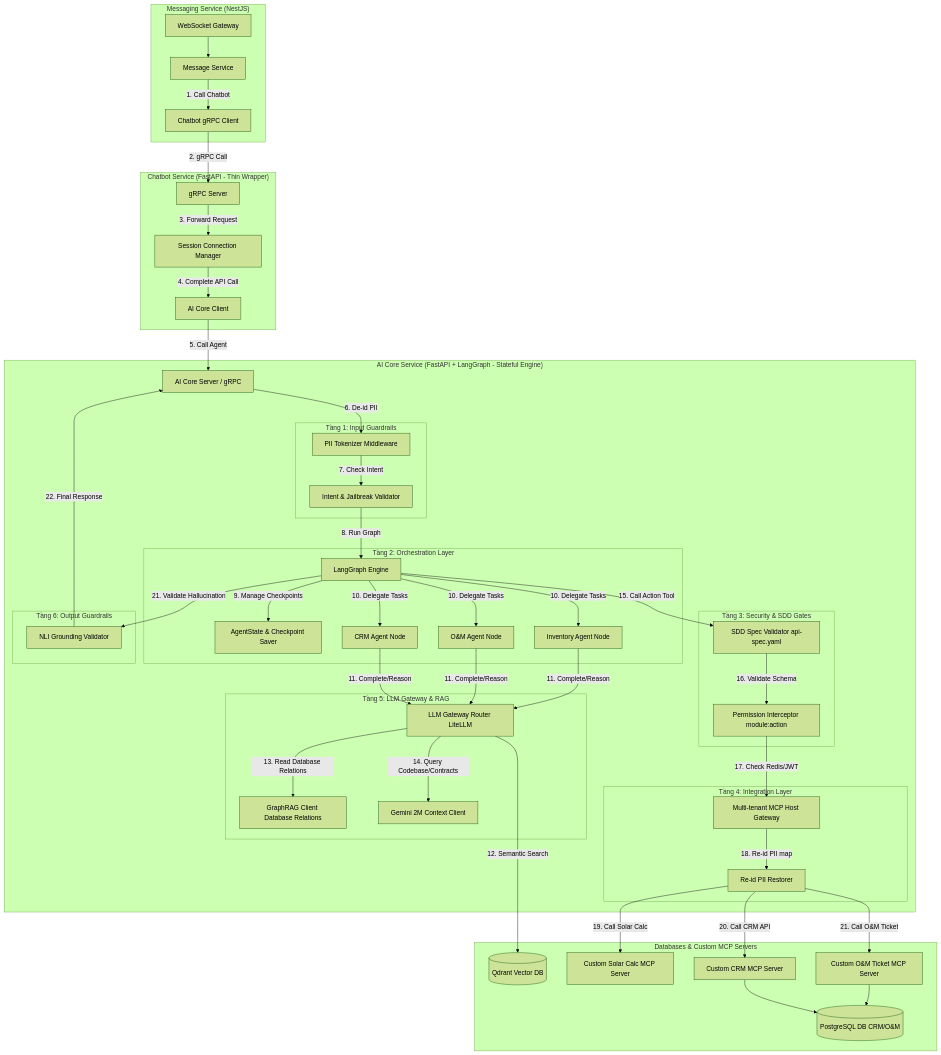
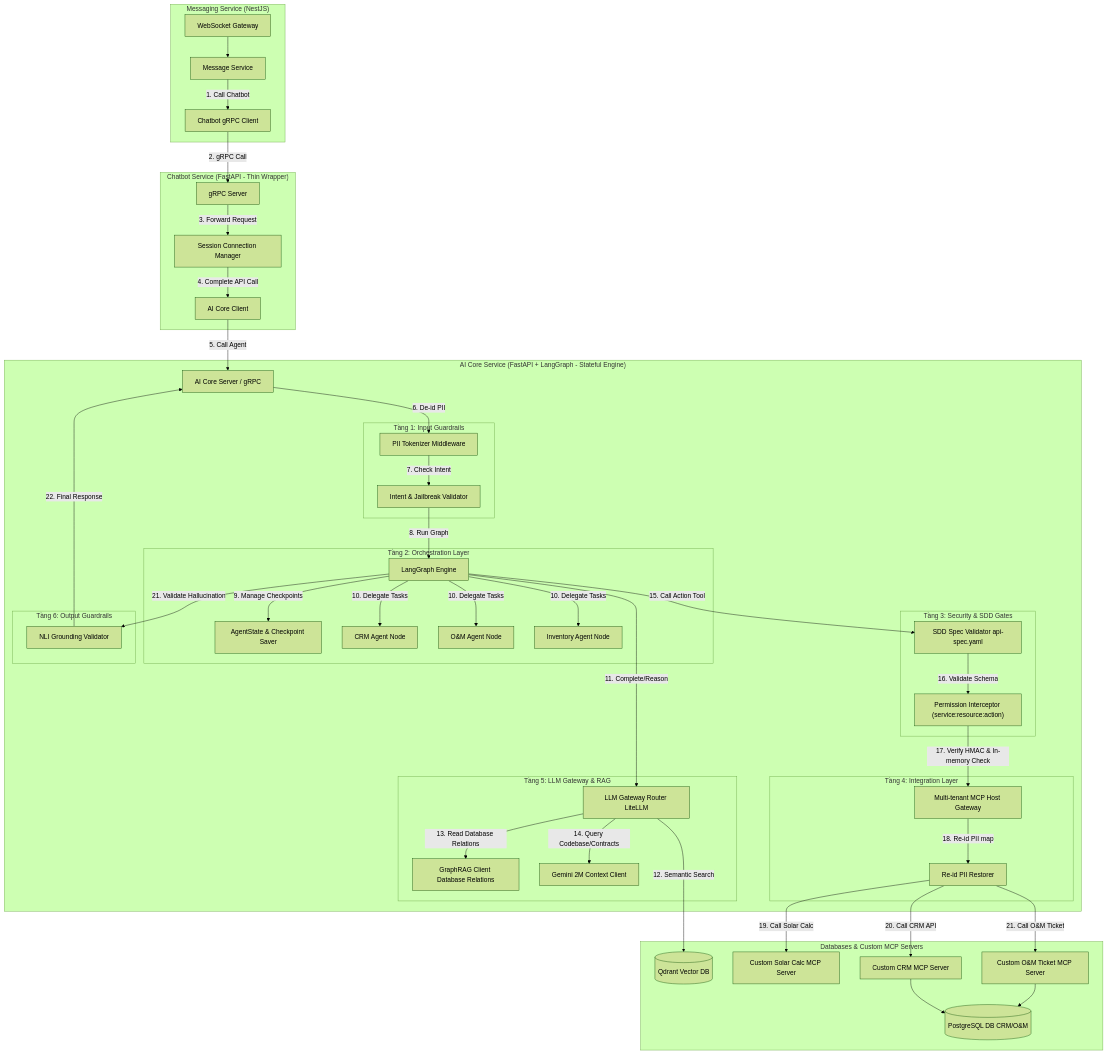
Before and after one commit to hugg4u/solavie-platform: the second of 3 diagrams in docs/SRS/09_System_Architecture.md, drawn with Mermaid (forest theme). The commit also changed 90 other files, not shown here.

```diff
--- a/docs/SRS/09_System_Architecture.md
+++ b/docs/SRS/09_System_Architecture.md
@@ -149,7 +149,7 @@
         %% Tầng 3: API/Permissions (Structural & Output Gate)
         subgraph "Tầng 3: Security & SDD Gates"
             spec_val[SDD Spec Validator api-spec.yaml]
-            perm_gate[Permission Interceptor module:action]
+            perm_gate["Permission Interceptor (service:resource:action)"]
         end
         
         %% Tầng 4: Integration (MCP Host)
@@ -194,7 +194,7 @@
     langgraph_core -->|9. Manage Checkpoints| agent_state
     langgraph_core -->|10. Delegate Tasks| crm_agent & om_agent & inv_agent
     
-    crm_agent & om_agent & inv_agent -->|11. Complete/Reason| llm_router
+    langgraph_core -->|11. Complete/Reason| llm_router
     llm_router -->|12. Semantic Search| qdrant
     llm_router -->|13. Read Database Relations| graph_rag
     llm_router -->|14. Query Codebase/Contracts| gemini_long
@@ -202,7 +202,7 @@
     %% Chốt chặn Tool Call
     langgraph_core -->|15. Call Action Tool| spec_val
     spec_val -->|16. Validate Schema| perm_gate
-    perm_gate -->|17. Check Redis/JWT| mcp_host
+    perm_gate -->|17. Verify HMAC & In-memory Check| mcp_host
     
     %% Thực thi Tool và Phân giải PII
     mcp_host -->|18. Re-id PII map| re_id
```
